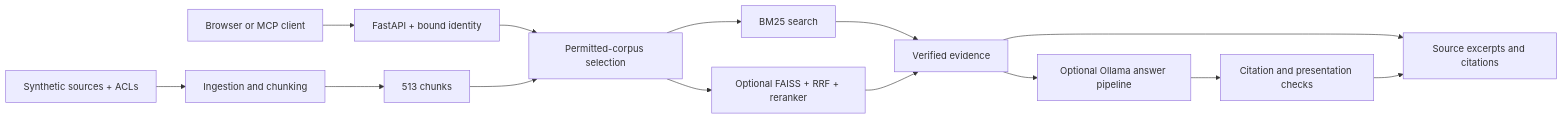
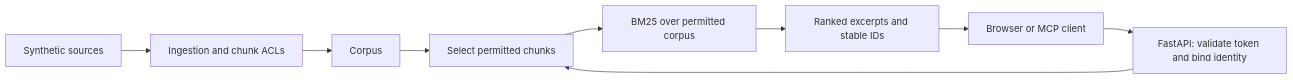
Before and after one commit to NehaPrajwal1/vaultsearch: the diagram in README.md, drawn with Mermaid. The commit also changed other lines of this file and 19 other files, not shown here.

````diff
--- a/README.md
+++ b/README.md
@@ -35,16 +62,11 @@
 ```mermaid
 flowchart LR
-    S[Synthetic sources + ACLs] --> I[Ingestion and chunking]
-    I --> C[513 chunks]
-    U[Browser or MCP client] --> A[FastAPI + bound identity]
-    A --> P[Permitted-corpus selection]
+    S["Synthetic sources"] --> I["Ingestion and chunk ACLs"]
+    I --> C["Corpus"]
+    U["Browser or MCP client"] --> A["FastAPI: validate token and bind identity"]
+    A --> P["Select permitted chunks"]
     C --> P
-    P --> B[BM25 search]
-    P --> H[Optional FAISS + RRF + reranker]
-    B --> E[Verified evidence]
-    H --> E
-    E --> UI[Source excerpts and citations]
-    E --> O[Optional Ollama answer pipeline]
-    O --> F[Citation and presentation checks]
-    F --> UI
+    P --> R["BM25 over permitted corpus"]
+    R --> E["Ranked excerpts and stable IDs"]
+    E --> U
 ```
````
